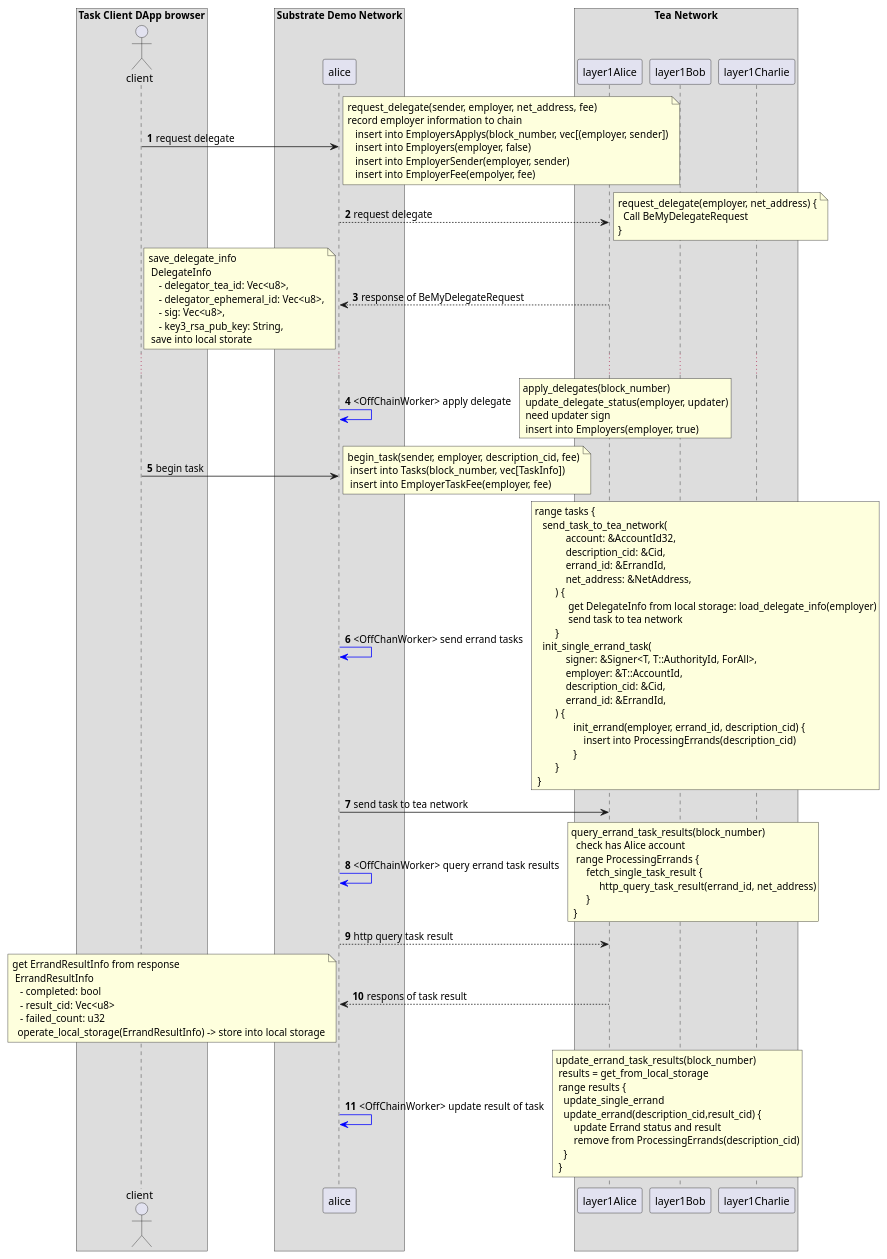
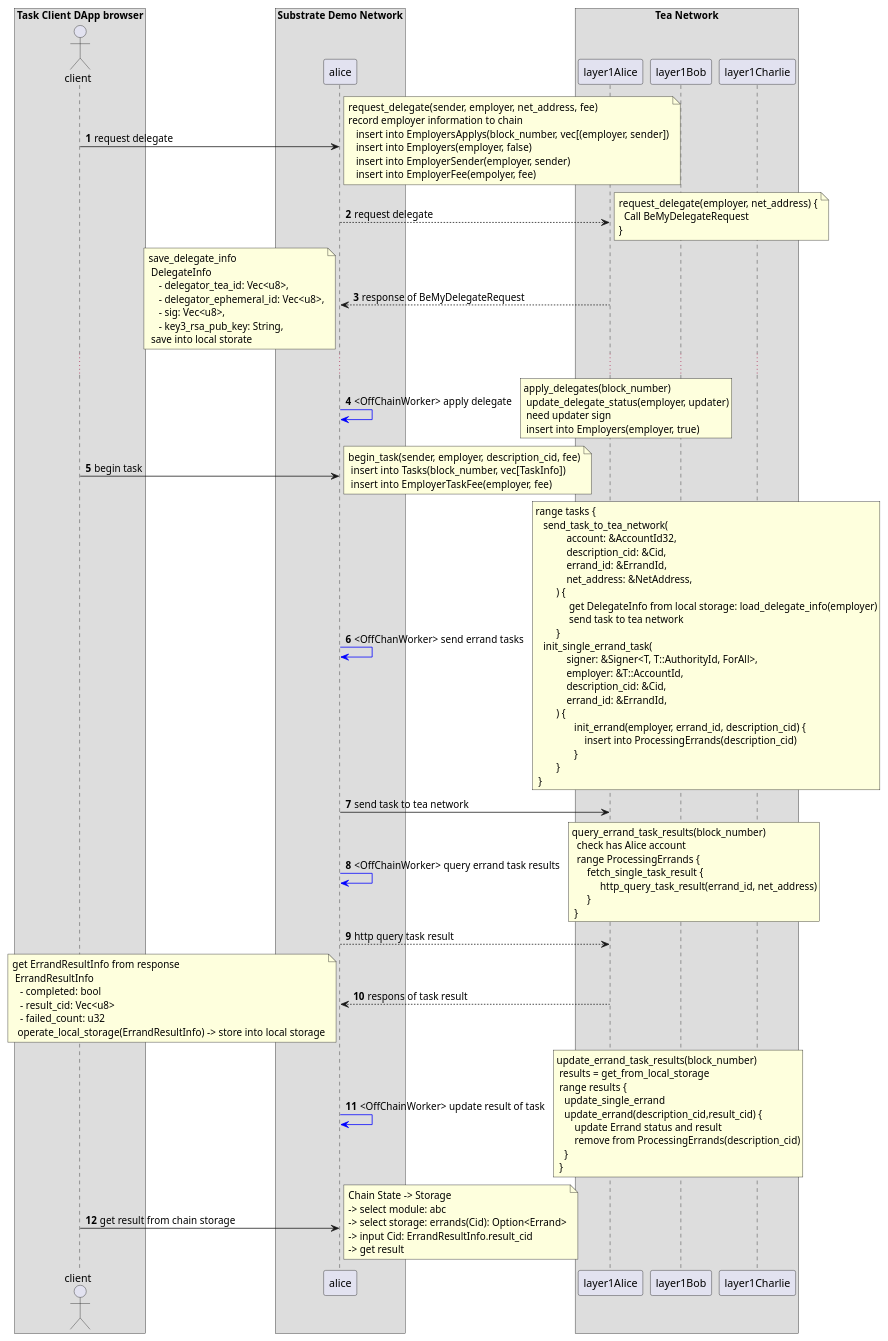
One commit to tearust/tea-docs changed the diagram in Try_the_demo/Run_task_on_other_blockchain_sequence.md. Above: the diagram before and after it, drawn with PlantUML. The commit also changed 1 other file, not shown here.

Commit message:
add a description of how to get the result of the task

````diff
--- a/Try_the_demo/Run_task_on_other_blockchain_sequence.md
+++ b/Try_the_demo/Run_task_on_other_blockchain_sequence.md
@@ -122,5 +122,14 @@
  }
 end note
 
+client->alice: get result from chain storage
+note right
+Chain State -> Storage 
+-> select module: abc
+-> select storage: errands(Cid): Option<Errand>
+-> input Cid: ErrandResultInfo.result_cid
+-> get result
+end note
+
 @enduml
 ```
````
